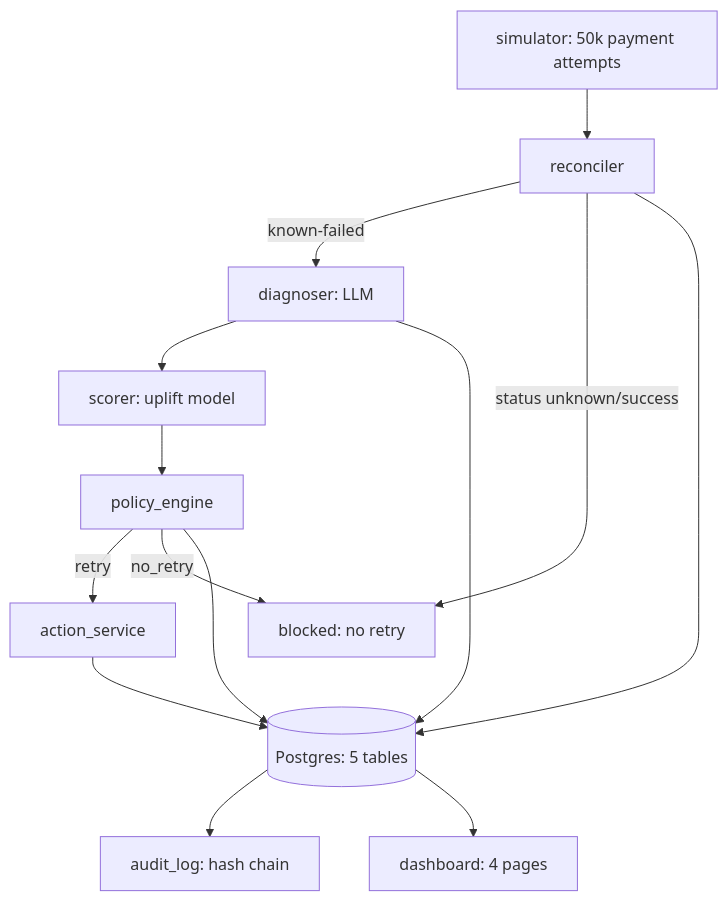
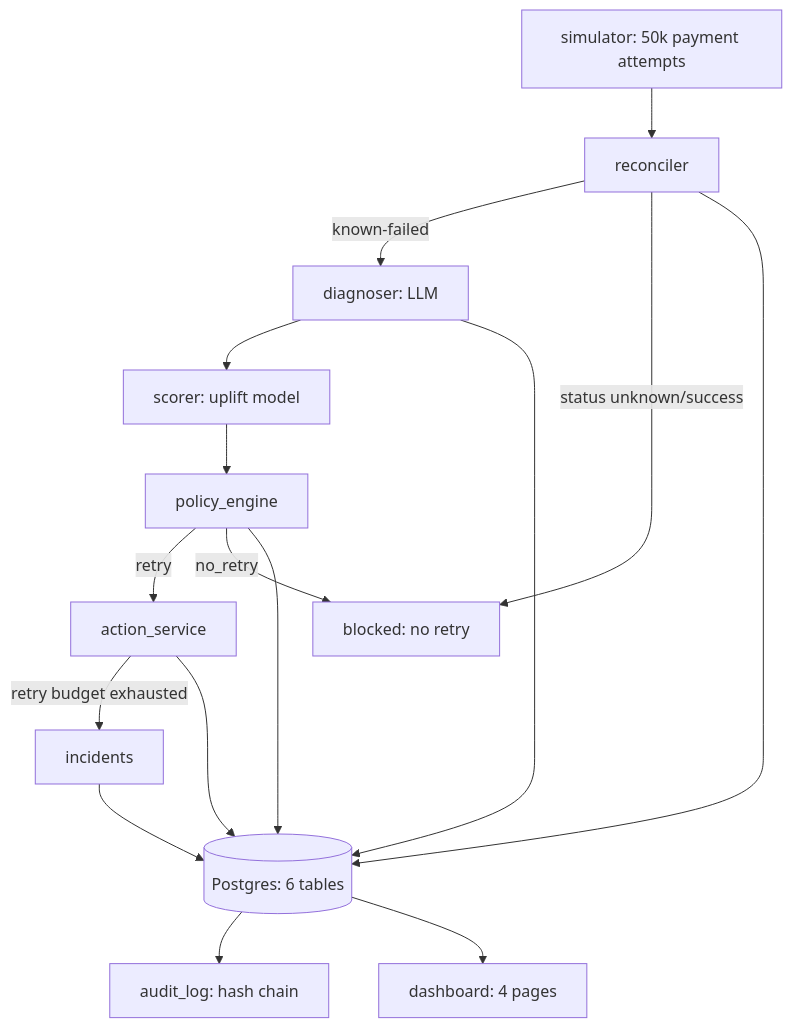
Before and after one commit to Sukanthan06/Uplift: the diagram in ARCHITECTURE.md, drawn with Mermaid. The commit also changed other lines of this file and 4 other files, not shown here.

First line of the commit message:
docs: genericize LLM-vendor naming, add system flow diagram to README

````diff
--- a/ARCHITECTURE.md
+++ b/ARCHITECTURE.md
@@ -11,16 +11,18 @@
 ```mermaid
 flowchart TD
     A[simulator: 50k payment attempts] --> B[reconciler]
     B -->|known-failed| C[diagnoser: LLM]
     B -->|status unknown/success| Z[blocked: no retry]
     C --> D[scorer: uplift model]
     D --> E[policy_engine]
     E -->|retry| F[action_service]
     E -->|no_retry| Z
-    F --> G[(Postgres: 5 tables)]
+    F -->|retry budget exhausted| J[incidents]
+    F --> G[(Postgres: 6 tables)]
     B --> G
     C --> G
     E --> G
+    J --> G
     G --> H[audit_log: hash chain]
     G --> I[dashboard: 4 pages]
 ```
````
